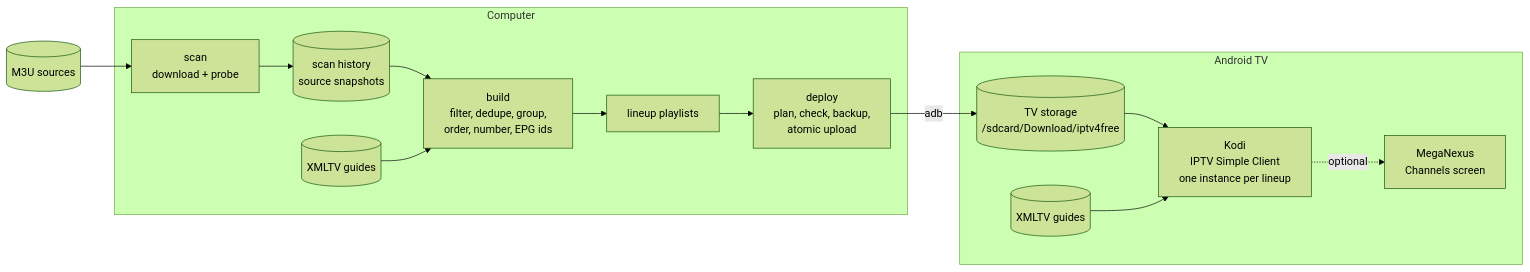
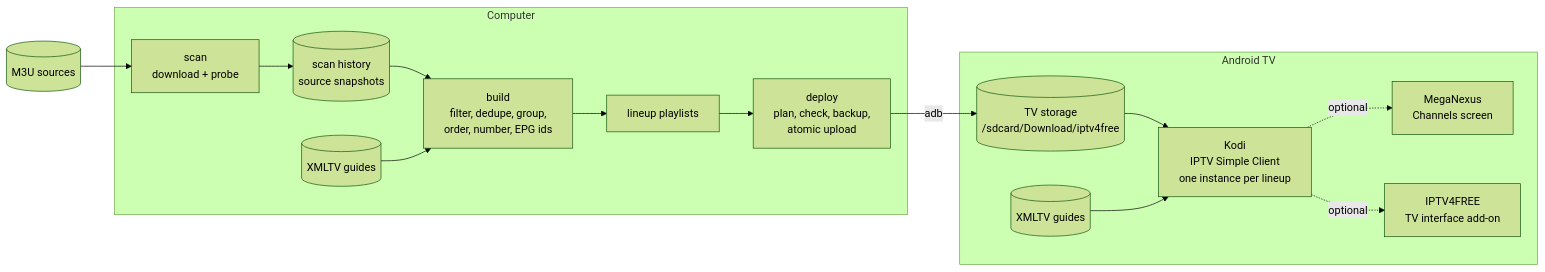
Before and after one commit to searadacunha/STREAMING4FREE-TV: the diagram in README.md, drawn with Mermaid (forest theme). The commit also changed other lines of this file and 4 other files, not shown here.

````diff
--- a/README.md
+++ b/README.md
@@ -89,17 +94,18 @@
 ```mermaid
 flowchart LR
     S[(M3U sources)] --> SCAN
     subgraph Computer
         SCAN[scan<br/>download + probe] --> H[(scan history<br/>source snapshots)]
         H --> BUILD[build<br/>filter, dedupe, group,<br/>order, number, EPG ids]
         E[(XMLTV guides)] --> BUILD
         BUILD --> P[lineup playlists]
         P --> DEPLOY[deploy<br/>plan, check, backup,<br/>atomic upload]
     end
     DEPLOY -- adb --> F[(TV storage<br/>/sdcard/Download/iptv4free)]
     subgraph Android TV
         F --> K[Kodi<br/>IPTV Simple Client<br/>one instance per lineup]
         E2[(XMLTV guides)] --> K
         K -. optional .-> M[MegaNexus<br/>Channels screen]
+        K -. optional .-> T[IPTV4FREE<br/>TV interface add-on]
     end
 ```
````
